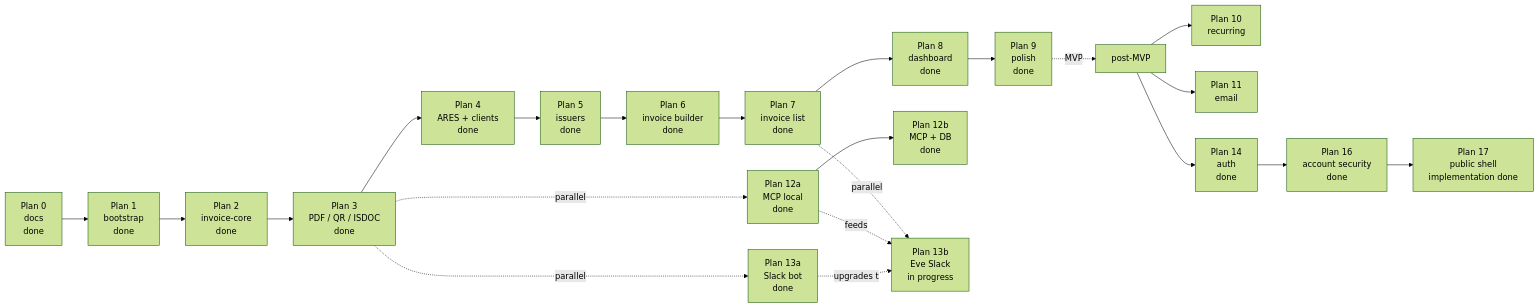
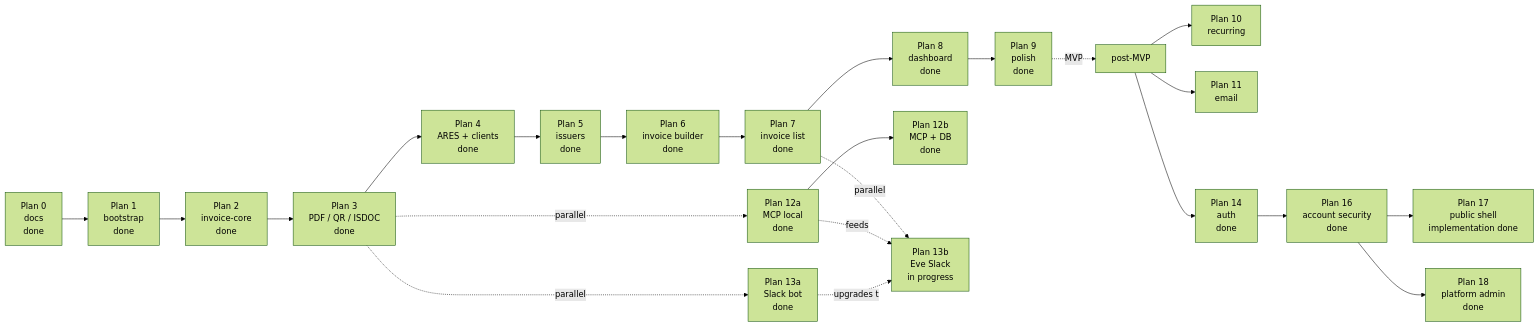
One commit to filipditrich/inveoiceyai changed the diagram in docs/roadmap.md. Above: the diagram before and after it, drawn with Mermaid (forest theme). The commit also changed other lines of this file and 61 other files, not shown here.

First line of the commit message:
feat(apps/web): add platform admin console

````diff
--- a/docs/roadmap.md
+++ b/docs/roadmap.md
@@ -7,24 +7,25 @@
 ```mermaid
 flowchart LR
     P0["Plan 0<br/>docs<br/>done"] --> P1["Plan 1<br/>bootstrap<br/>done"]
     P1 --> P2["Plan 2<br/>invoice-core<br/>done"]
     P2 --> P3["Plan 3<br/>PDF / QR / ISDOC<br/>done"]
     P3 --> P4["Plan 4<br/>ARES + clients<br/>done"]
     P4 --> P5["Plan 5<br/>issuers<br/>done"]
     P5 --> P6["Plan 6<br/>invoice builder<br/>done"]
     P6 --> P7["Plan 7<br/>invoice list<br/>done"]
     P7 --> P8["Plan 8<br/>dashboard<br/>done"]
     P8 --> P9["Plan 9<br/>polish<br/>done"]
     P3 -.parallel.-> P13a["Plan 13a<br/>Slack bot<br/>done"]
     P3 -.parallel.-> P12a["Plan 12a<br/>MCP local<br/>done"]
     P9 -.MVP.-> Post["post-MVP"]
     Post --> P10["Plan 10<br/>recurring"]
     Post --> P11["Plan 11<br/>email"]
     P12a --> P12b["Plan 12b<br/>MCP + DB<br/>done"]
     P7 -.parallel.-> P13b["Plan 13b<br/>Eve Slack<br/>in progress"]
     Post --> P14["Plan 14<br/>auth<br/>done"]
     P14 --> P16["Plan 16<br/>account security<br/>done"]
     P16 --> P17["Plan 17<br/>public shell<br/>implementation done"]
+    P16 --> P18["Plan 18<br/>platform admin<br/>done"]
     P12a -.feeds.-> P13b
     P13a -.upgrades to.-> P13b
 ```
````
